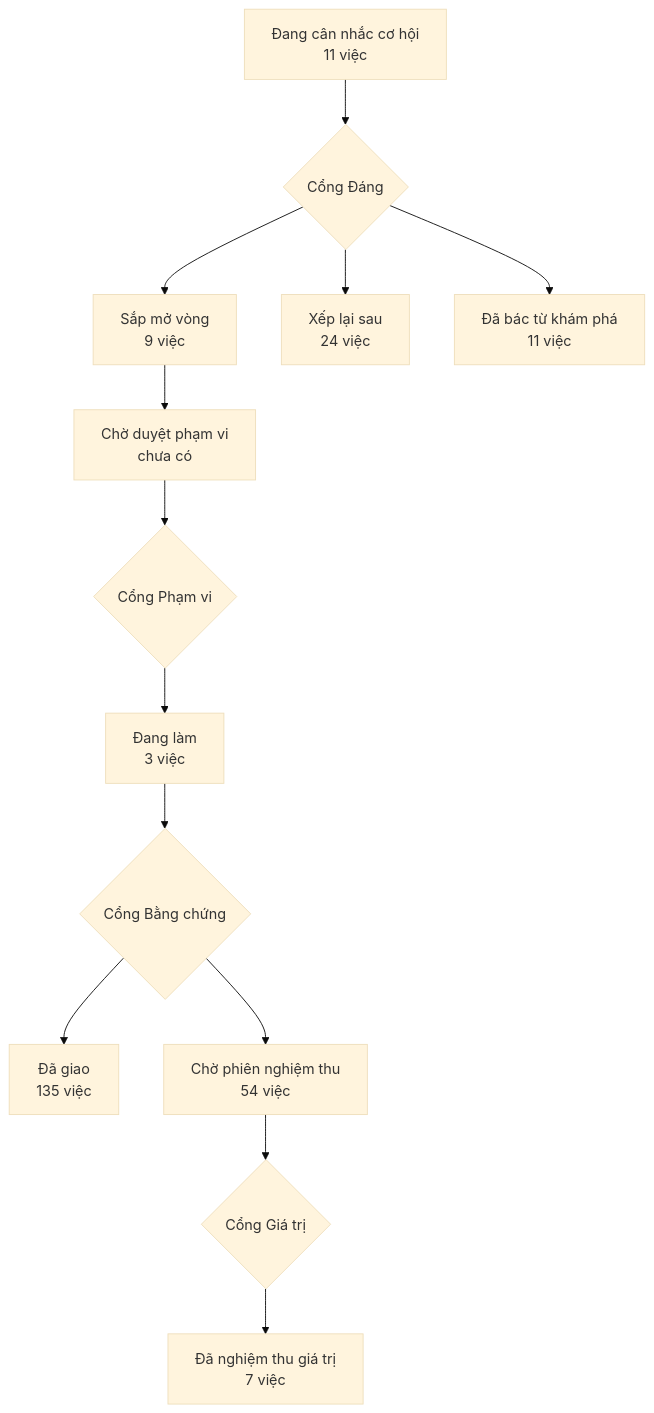
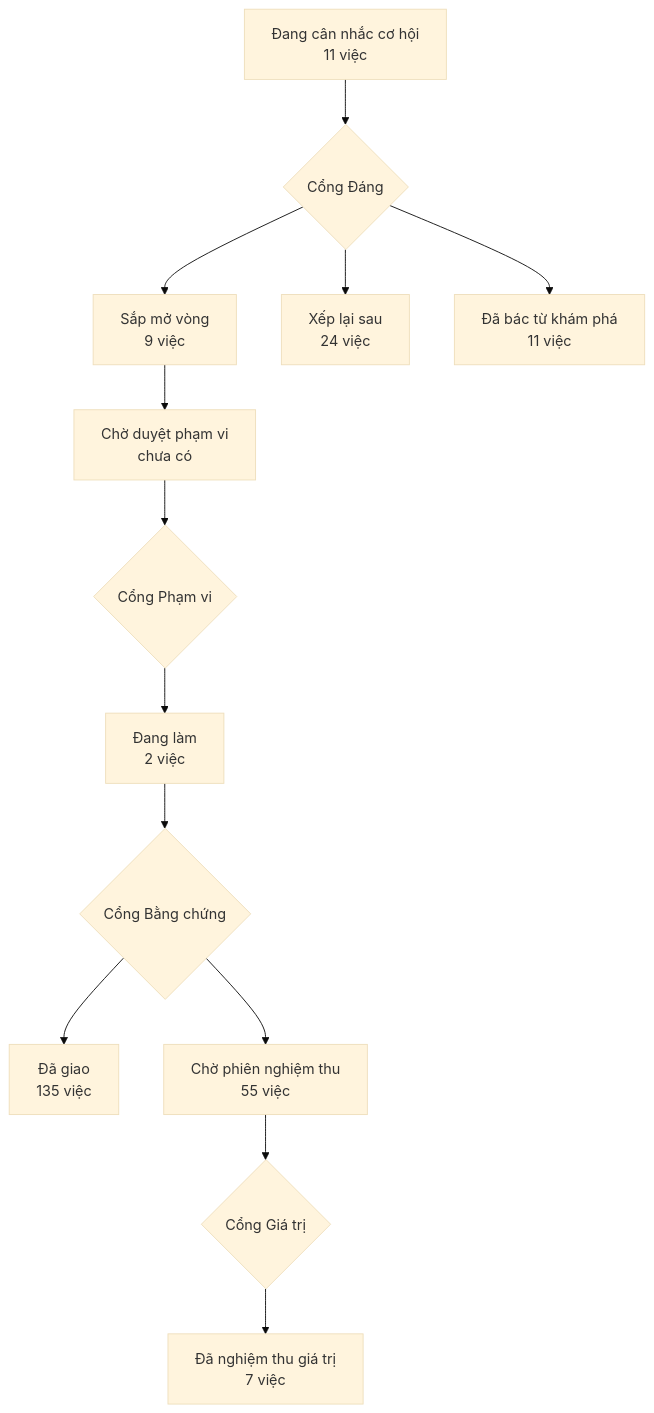
The diagram in PRODUCT-MAP.md (phanlemanh/acceptance-gate-kit), drawn with Mermaid (base theme) before and after one commit. The commit also changed 7 other files, not shown here.

````diff
--- a/PRODUCT-MAP.md
+++ b/PRODUCT-MAP.md
@@ -7,12 +7,12 @@
 ```mermaid
 flowchart TD
   A["Đang cân nhắc cơ hội<br/>11 việc"] --> GD{"Cổng Đáng"}
   GD --> B["Sắp mở vòng<br/>9 việc"]
   GD --> XL["Xếp lại sau<br/>24 việc"]
   GD --> DB["Đã bác từ khám phá<br/>11 việc"]
   B --> CD["Chờ duyệt phạm vi<br/>chưa có"] --> GP{"Cổng Phạm vi"}
-  GP --> DL["Đang làm<br/>3 việc"] --> GB{"Cổng Bằng chứng"}
+  GP --> DL["Đang làm<br/>2 việc"] --> GB{"Cổng Bằng chứng"}
   GB --> DG["Đã giao<br/>135 việc"]
-  GB --> CN["Chờ phiên nghiệm thu<br/>54 việc"] --> GG{"Cổng Giá trị"}
+  GB --> CN["Chờ phiên nghiệm thu<br/>55 việc"] --> GG{"Cổng Giá trị"}
   GG --> NT["Đã nghiệm thu giá trị<br/>7 việc"]
 ```
````
